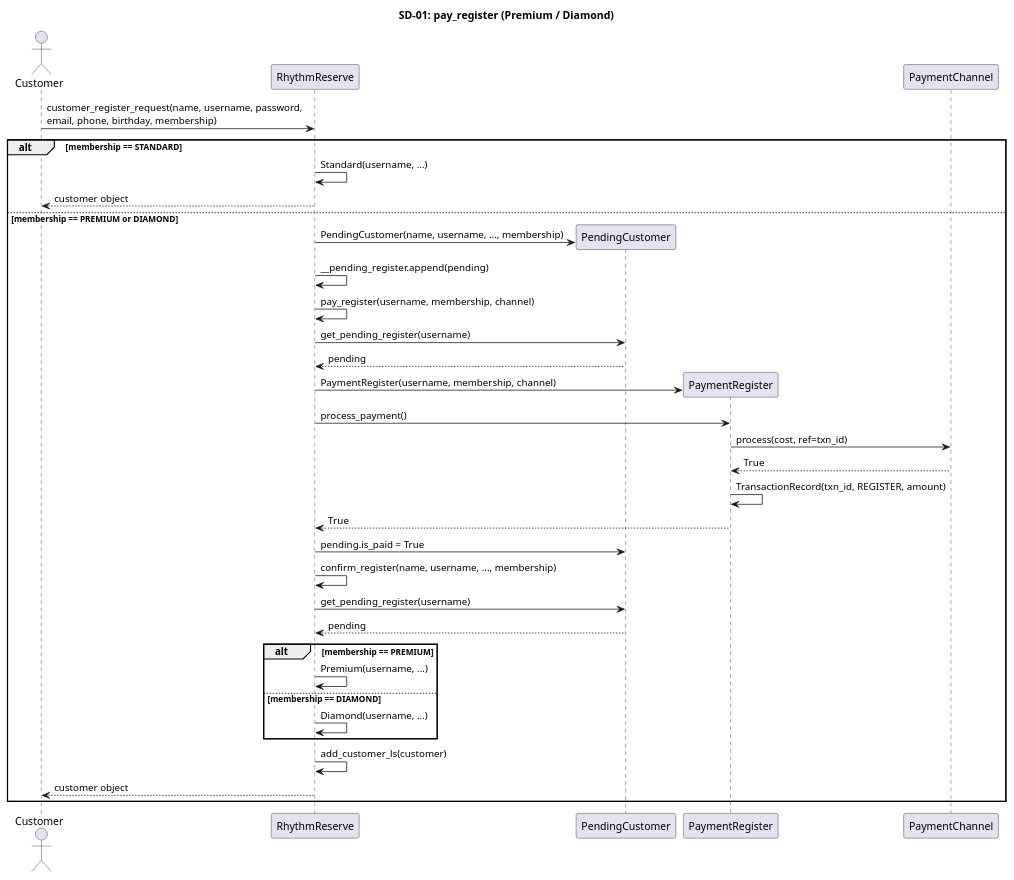
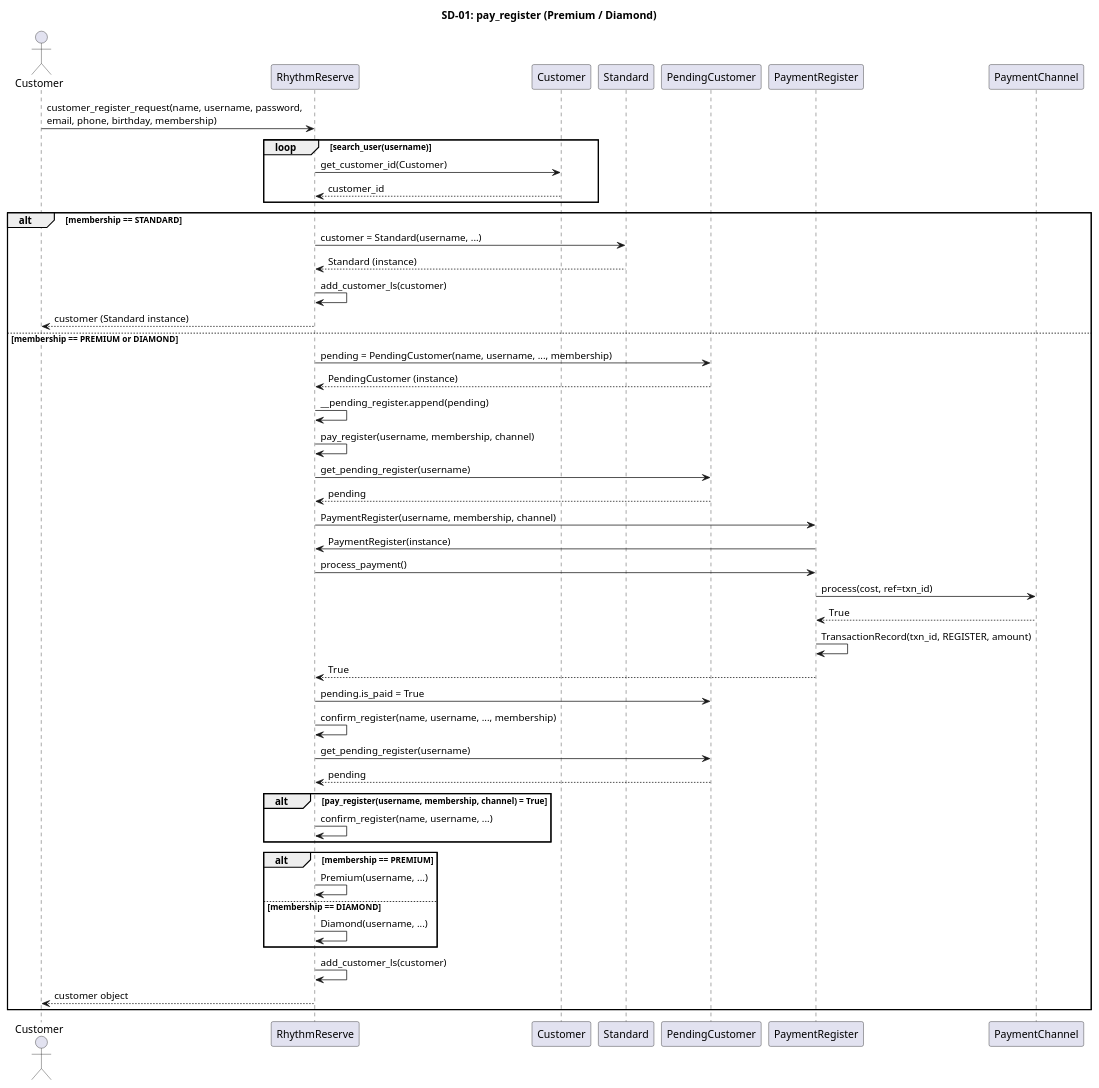
Before and after one commit to pjngth998/RhythmReserve: the diagram in diagram/sequence_diagram/9final_sequence/sd_01_pay_register.puml, drawn with PlantUML. The commit also changed 5 other files, not shown here.

```diff
--- a/diagram/sequence_diagram/9final_sequence/sd_01_pay_register.puml
+++ b/diagram/sequence_diagram/9final_sequence/sd_01_pay_register.puml
@@ -1,47 +1,63 @@
 @startuml
 title SD-01: pay_register (Premium / Diamond)
 
 actor Customer as C
 participant "RhythmReserve" as RR
+' participant "User" as user
+participant "Customer" as CT
+participant "Standard" as STD
 participant "PendingCustomer" as PC
 participant "PaymentRegister" as PREG
 participant "PaymentChannel" as CHAN
 
+
 C -> RR : customer_register_request(name, username, password,\nemail, phone, birthday, membership)
 
+loop search_user(username)
+    RR -> CT :  get_customer_id(Customer)
+    CT --> RR : customer_id
+end
 alt membership == STANDARD
-    RR -> RR : Standard(username, ...)
-    RR --> C : customer object
+    RR -> STD :customer = Standard(username, ...)
+    STD --> RR : Standard (instance)
+    RR -> RR : add_customer_ls(customer)
+    RR --> C : customer (Standard instance)
 else membership == PREMIUM or DIAMOND
-    RR -> PC ** : PendingCustomer(name, username, ..., membership)
+    RR -> PC : pending = PendingCustomer(name, username, ..., membership)
+    PC --> RR : PendingCustomer (instance)
     RR -> RR : __pending_register.append(pending)
 
     RR -> RR : pay_register(username, membership, channel)
     RR -> PC : get_pending_register(username)
     PC --> RR : pending
 
-    RR -> PREG ** : PaymentRegister(username, membership, channel)
+    RR -> PREG : PaymentRegister(username, membership, channel)
+    PREG -> RR : PaymentRegister(instance)
     RR -> PREG : process_payment()
     PREG -> CHAN : process(cost, ref=txn_id)
     CHAN --> PREG : True
 
     PREG -> PREG : TransactionRecord(txn_id, REGISTER, amount)
     PREG --> RR : True
 
     RR -> PC : pending.is_paid = True
 
     RR -> RR : confirm_register(name, username, ..., membership)
     RR -> PC : get_pending_register(username)
     PC --> RR : pending
 
+    alt pay_register(username, membership, channel) = True
+        RR -> RR : confirm_register(name, username, ...)
+    end
+
     alt membership == PREMIUM
         RR -> RR : Premium(username, ...)
     else membership == DIAMOND
         RR -> RR : Diamond(username, ...)
     end
 
     RR -> RR : add_customer_ls(customer)
     RR --> C : customer object
 end
 
 @enduml
```
